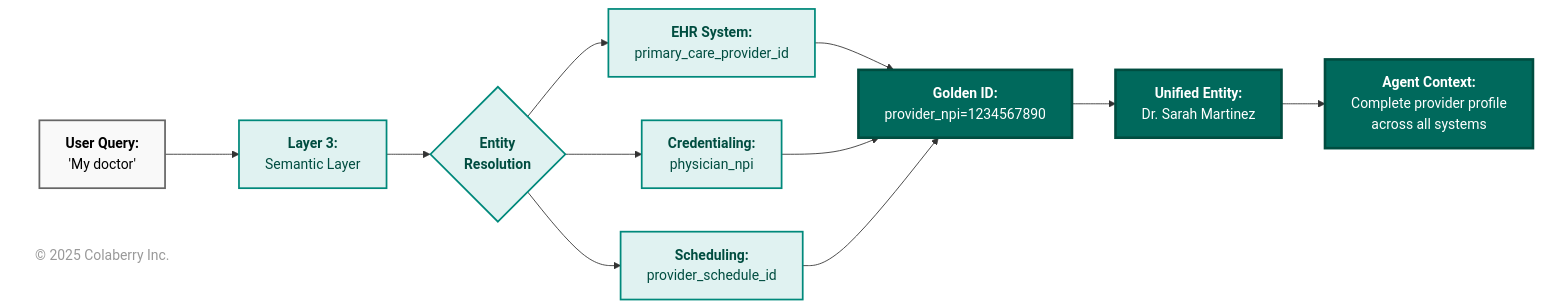
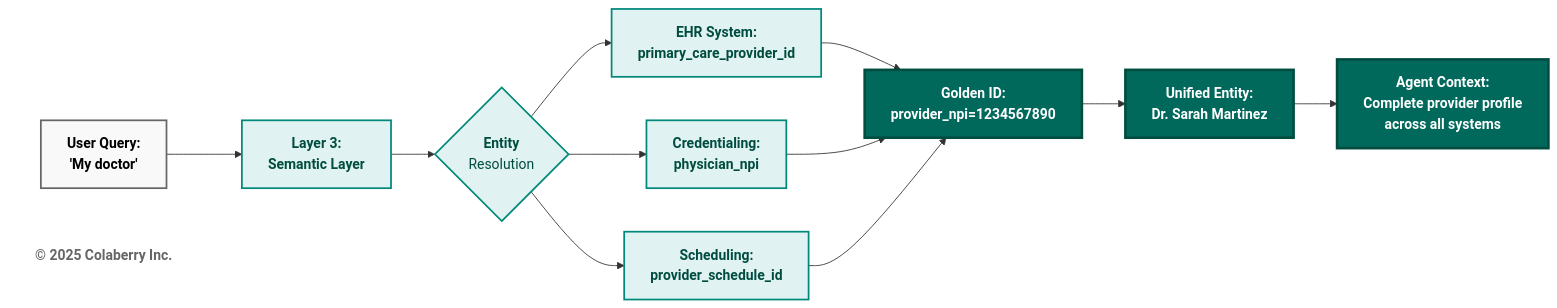
Before and after one commit to colaberry/enterprise-data-readiness-ai-agents: the seventh of 18 diagrams in chapter-01/chapter_1_complete.md, drawn with Mermaid. The commit also changed other lines of this file and 1 other file, not shown here.

First line of the commit message:
chapter 1 diagrams updated to mermaid codex

````diff
--- a/chapter-01/chapter_1_complete.md
+++ b/chapter-01/chapter_1_complete.md
@@ -919,41 +892,41 @@
 ```mermaid
 graph LR
-    A["<b>User Query:</b><br/>'My doctor'"] 
-    B["<b>Layer 3:</b><br/>Semantic Layer"]
-    C{"<b>Entity<br/>Resolution</b>"}
-    D["<b>EHR System:</b><br/>primary_care_provider_id"]
-    E["<b>Credentialing:</b><br/>physician_npi"]
-    F["<b>Scheduling:</b><br/>provider_schedule_id"]
-    G["<b>Golden ID:</b><br/>provider_npi=1234567890"]
-    H["<b>Unified Entity:</b><br/>Dr. Sarah Martinez"]
-    I["<b>Agent Context:</b><br/>Complete provider profile<br/>across all systems"]
+    A["<b>User Query:</b><br/><b>'My doctor'</b>"] 
+    B["<b>Layer 3:</b><br/><b>Semantic Layer</b>"]
+    C{"<b>Entity</b><br/>Resolution</b>"}
+    D["<b>EHR System:</b><br/><b>primary_care_provider_id</b>"]
+    E["<b>Credentialing:</b><br/><b>physician_npi</b>"]
+    F["<b>Scheduling:</b><br/><b>provider_schedule_id</b>"]
+    G["<b>Golden ID:</b><br/><b>provider_npi=1234567890</b>"]
+    H["<b>Unified Entity:</b><br/><b>Dr. Sarah Martinez</b>"]
+    I["<b>Agent Context:</b><br/><b>Complete provider profile</b><br/><b>across all systems</b>"]
     
     A --> B
     B --> C
     C --> D
     C --> E
     C --> F
     D --> G
     E --> G
     F --> G
     G --> H
     H --> I
     
     %% Link styling
     
     style A fill:#f9f9f9,stroke:#666666,stroke-width:2px,color:#000000
     style B fill:#e0f2f1,stroke:#00897b,stroke-width:2px,color:#004d40
     style C fill:#e0f2f1,stroke:#00897b,stroke-width:2px,color:#004d40
     style D fill:#e0f2f1,stroke:#00897b,stroke-width:2px,color:#004d40
     style E fill:#e0f2f1,stroke:#00897b,stroke-width:2px,color:#004d40
     style F fill:#e0f2f1,stroke:#00897b,stroke-width:2px,color:#004d40
     style G fill:#00695c,color:#ffffff,stroke:#004d40,stroke-width:3px
     style H fill:#00695c,color:#ffffff,stroke:#004d40,stroke-width:3px
 
     %% Copyright Notice
-    CR["© 2025 Colaberry Inc."]
+    CR["<b>© 2025 Colaberry Inc.</b>"]
 
     style I fill:#00695c,color:#ffffff,stroke:#004d40,stroke-width:3px
-    style CR fill:none,stroke:none,color:#999999
+    style CR fill:#ffffff,stroke:none,color:#666666
 
 ```
````
